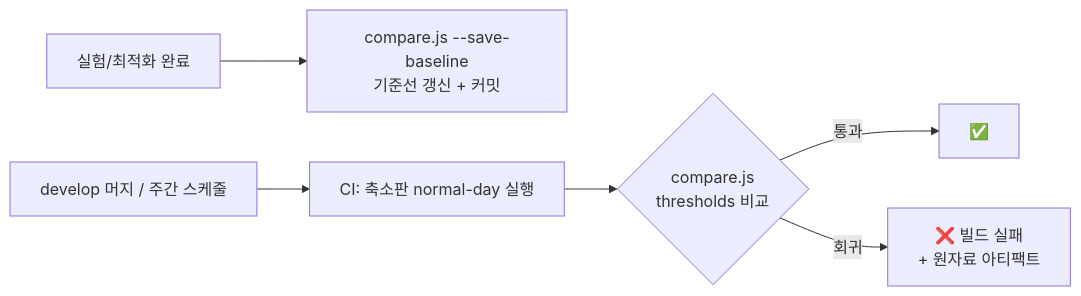
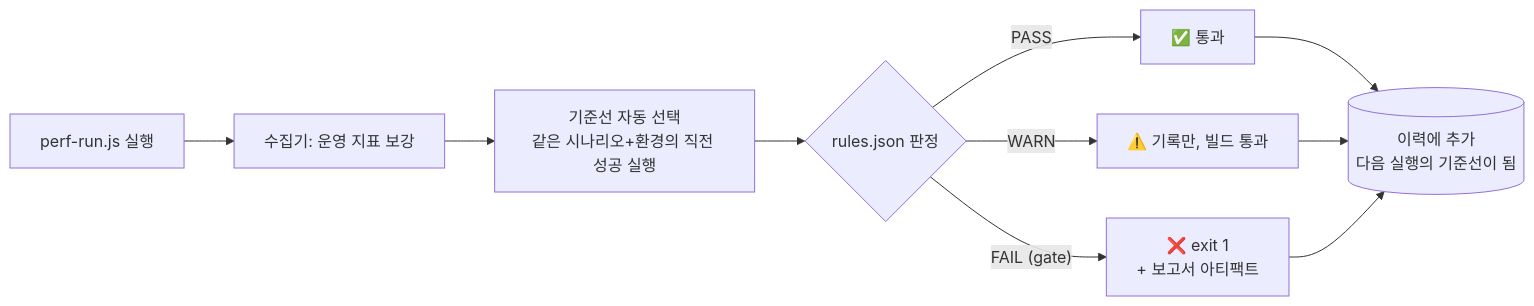
One commit to JangHyeok2909/highteenday-backend changed the diagram in performance/regression/README.md. Above: the diagram before and after it, drawn with Mermaid. The commit also changed other lines of this file and 5 other files, not shown here.

````diff
--- a/performance/regression/README.md
+++ b/performance/regression/README.md
@@ -18,8 +22,12 @@
 ```mermaid
 flowchart LR
-    E[실험/최적화 완료] --> S[compare.js --save-baseline<br/>기준선 갱신 + 커밋]
-    D[develop 머지 / 주간 스케줄] --> R[CI: 축소판 normal-day 실행]
-    R --> C{compare.js<br/>thresholds 비교}
-    C -->|통과| OK[✅]
-    C -->|회귀| F[❌ 빌드 실패<br/>+ 원자료 아티팩트]
+    R[perf-run.js 실행] --> C[수집기: 운영 지표 보강]
+    C --> B["기준선 자동 선택<br/>같은 시나리오+환경의 직전 성공 실행"]
+    B --> J{rules.json 판정}
+    J -->|PASS| OK["✅ 통과"]
+    J -->|WARN| W["⚠️ 기록만, 빌드 통과"]
+    J -->|"FAIL (gate)"| F["❌ exit 1<br/>+ 보고서 아티팩트"]
+    OK --> H[(이력에 추가<br/>다음 실행의 기준선이 됨)]
+    W --> H
+    F --> H
 ```
````
